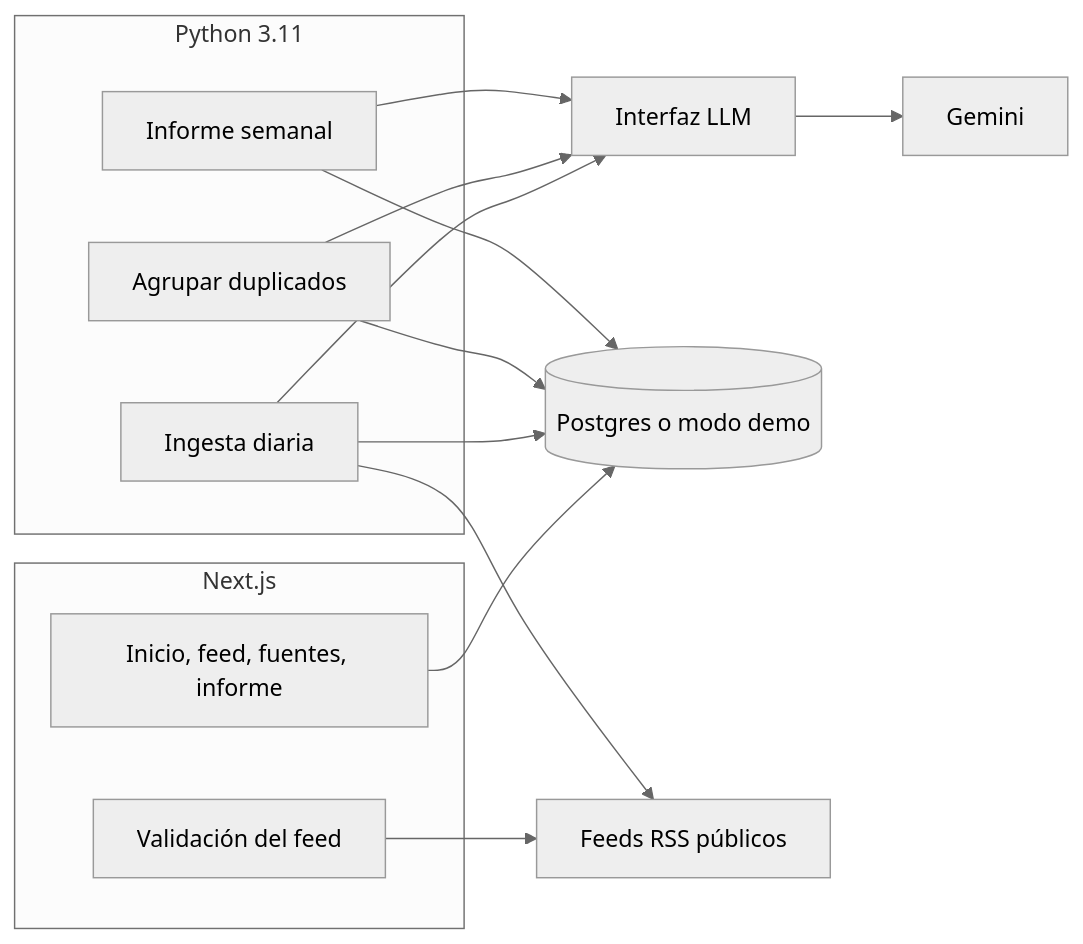
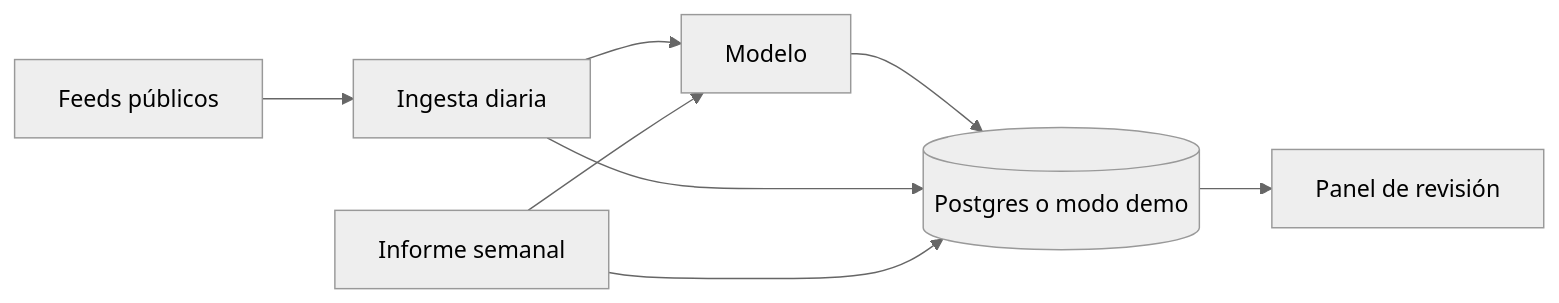
Before and after one commit to coalva94/trendwatch: the diagram in README.md, drawn with Mermaid (neutral theme). The commit also changed other lines of this file and 3 other files, not shown here.

````diff
--- a/README.md
+++ b/README.md
@@ -29,27 +66,10 @@
 ```mermaid
 flowchart LR
-  subgraph web [Next.js]
-    UI[Inicio, feed, fuentes, informe]
-    VAL[Validación del feed]
-  end
-  subgraph jobs [Python 3.11]
-    ING[Ingesta diaria]
-    DUP[Agrupar duplicados]
-    REP[Informe semanal]
-  end
-  LLM[Interfaz LLM]
-  GEM[Gemini]
-  DB[(Postgres o modo demo)]
-  RSS[Feeds RSS públicos]
-
-  UI --> DB
-  VAL --> RSS
-  ING --> RSS
-  ING --> LLM
-  DUP --> LLM
-  REP --> LLM
-  LLM --> GEM
+  RSS[Feeds públicos] --> ING[Ingesta diaria]
+  ING --> LLM[Modelo]
+  LLM --> DB[(Postgres o modo demo)]
   ING --> DB
-  DUP --> DB
+  DB --> UI[Panel de revisión]
+  REP[Informe semanal] --> LLM
   REP --> DB
 ```
````
